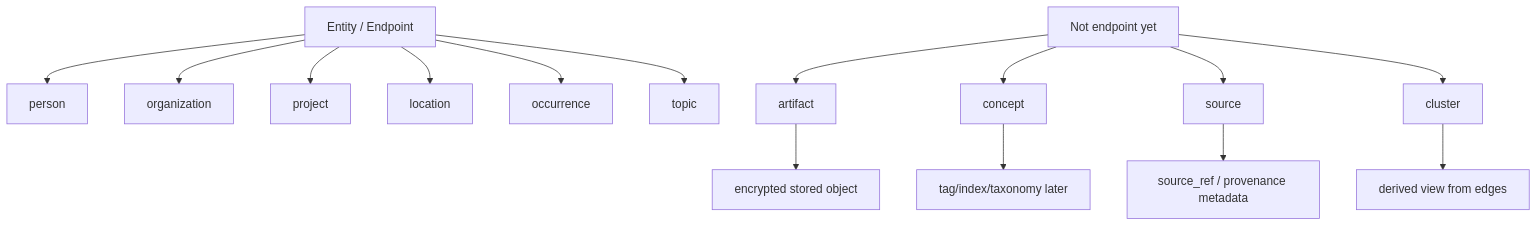
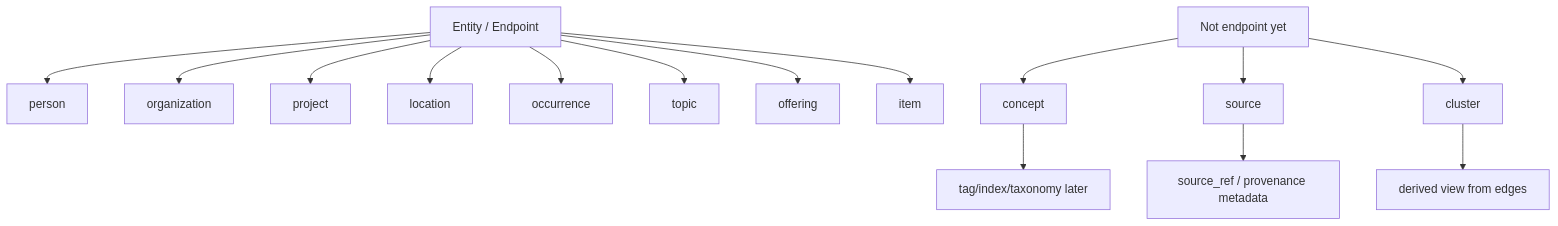
Before and after one commit to ProvisioInsights/LivingAtlas: the first of 2 diagrams in docs/temporal-edge-model/entity-temporal-schema-map.md, drawn with Mermaid. The commit also changed other lines of this file and 170 other files, not shown here.

````diff
--- a/docs/temporal-edge-model/entity-temporal-schema-map.md
+++ b/docs/temporal-edge-model/entity-temporal-schema-map.md
@@ -52,21 +55,21 @@
 ```mermaid
 flowchart TD
   Entity["Entity / Endpoint"]
   Entity --> Person["person"]
   Entity --> Org["organization"]
   Entity --> Project["project"]
   Entity --> Location["location"]
   Entity --> Occurrence["occurrence"]
   Entity --> Topic["topic"]
+  Entity --> Offering["offering"]
+  Entity --> Item["item"]
 
   NonEndpoint["Not endpoint yet"]
-  NonEndpoint --> Artifact["artifact"]
   NonEndpoint --> Concept["concept"]
   NonEndpoint --> Source["source"]
   NonEndpoint --> Cluster["cluster"]
 
-  Artifact --> Storage["encrypted stored object"]
   Concept --> Index["tag/index/taxonomy later"]
   Source --> Provenance["source_ref / provenance metadata"]
   Cluster --> View["derived view from edges"]
 ```
````
